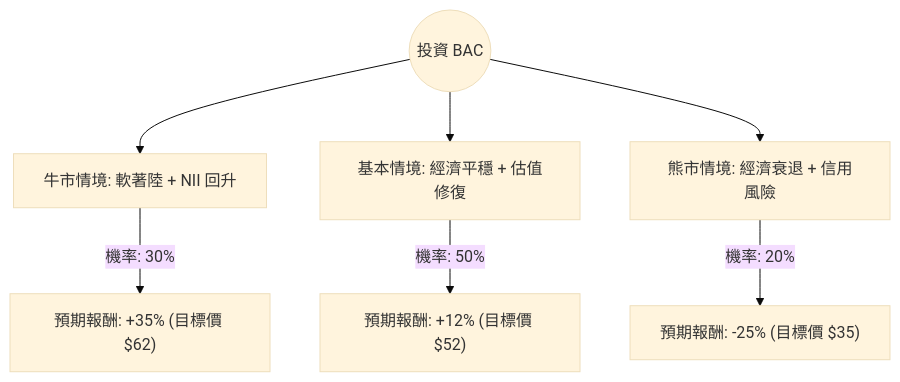
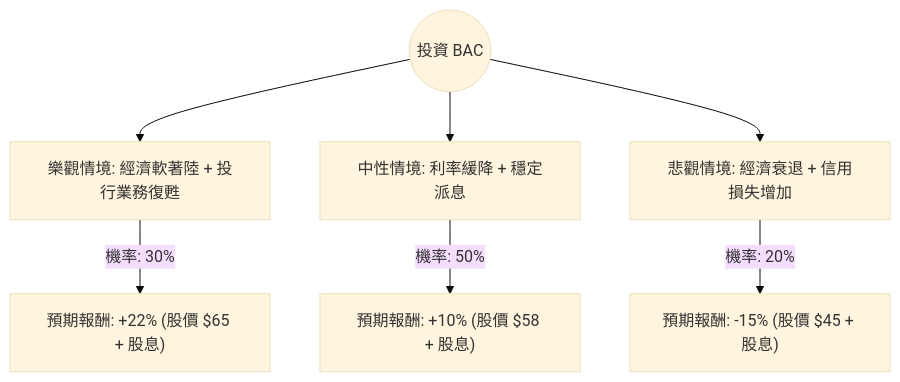
Before and after one commit to zmcx16/zmcx16.github.io: the diagram in plugin-react/ai-analysis/ev-analysis/BAC.md, drawn with Mermaid (base theme). The commit also changed other lines of this file and 68 other files, not shown here.

````diff
--- a/plugin-react/ai-analysis/ev-analysis/BAC.md
+++ b/plugin-react/ai-analysis/ev-analysis/BAC.md
@@ -21,10 +21,10 @@
 ```mermaid
 graph TD
-    Start((投資 BAC)) --> Bull[牛市情境: 軟著陸 + NII 回升]
-    Start --> Base[基本情境: 經濟平穩 + 估值修復]
-    Start --> Bear[熊市情境: 經濟衰退 + 信用風險]
+    Start((投資 BAC)) --> Bull[樂觀情境: 經濟軟著陸 + 投行業務復甦]
+    Start --> Base[中性情境: 利率緩降 + 穩定派息]
+    Start --> Bear[悲觀情境: 經濟衰退 + 信用損失增加]
 
-    Bull -- "機率: 30%" --> BullVal["預期報酬: +35% (目標價 $62)"]
-    Base -- "機率: 50%" --> BaseVal["預期報酬: +12% (目標價 $52)"]
-    Bear -- "機率: 20%" --> BearVal["預期報酬: -25% (目標價 $35)"]
+    Bull -- "機率: 30%" --> BullVal["預期報酬: +22% (股價 $65 + 股息)"]
+    Base -- "機率: 50%" --> BaseVal["預期報酬: +10% (股價 $58 + 股息)"]
+    Bear -- "機率: 20%" --> BearVal["預期報酬: -15% (股價 $45 + 股息)"]
 ```
````
